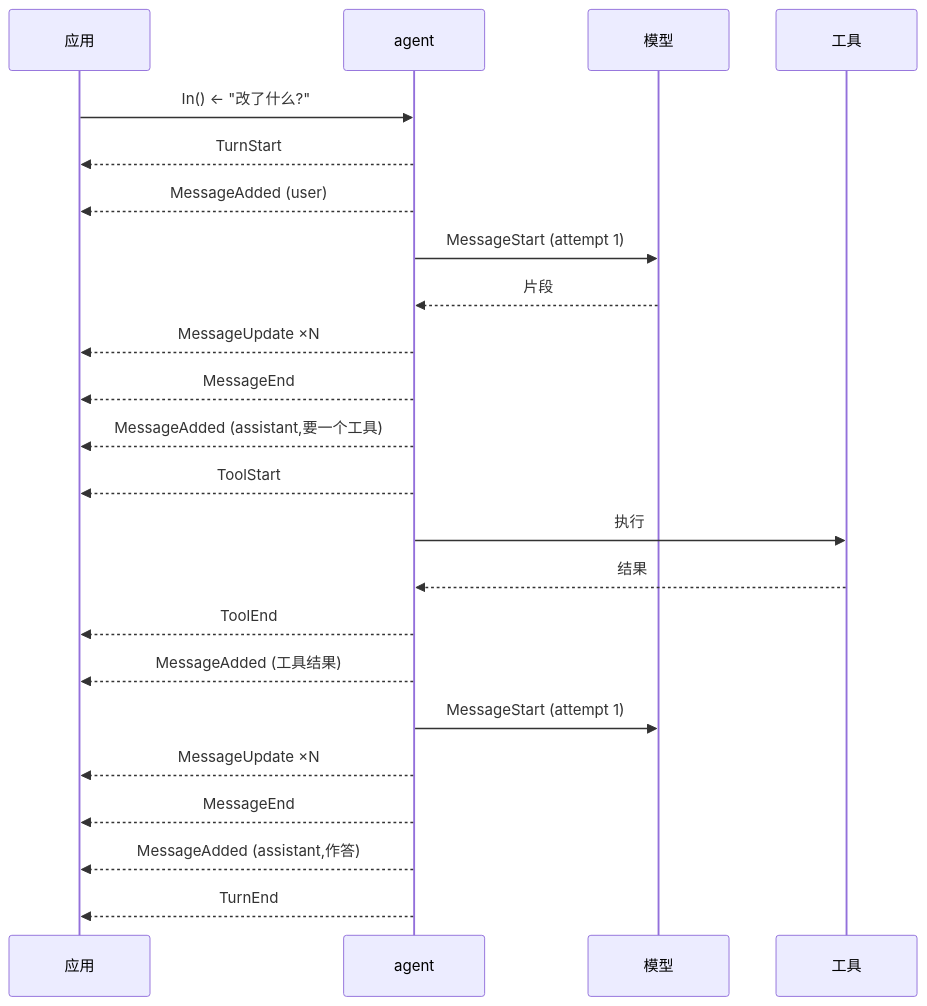
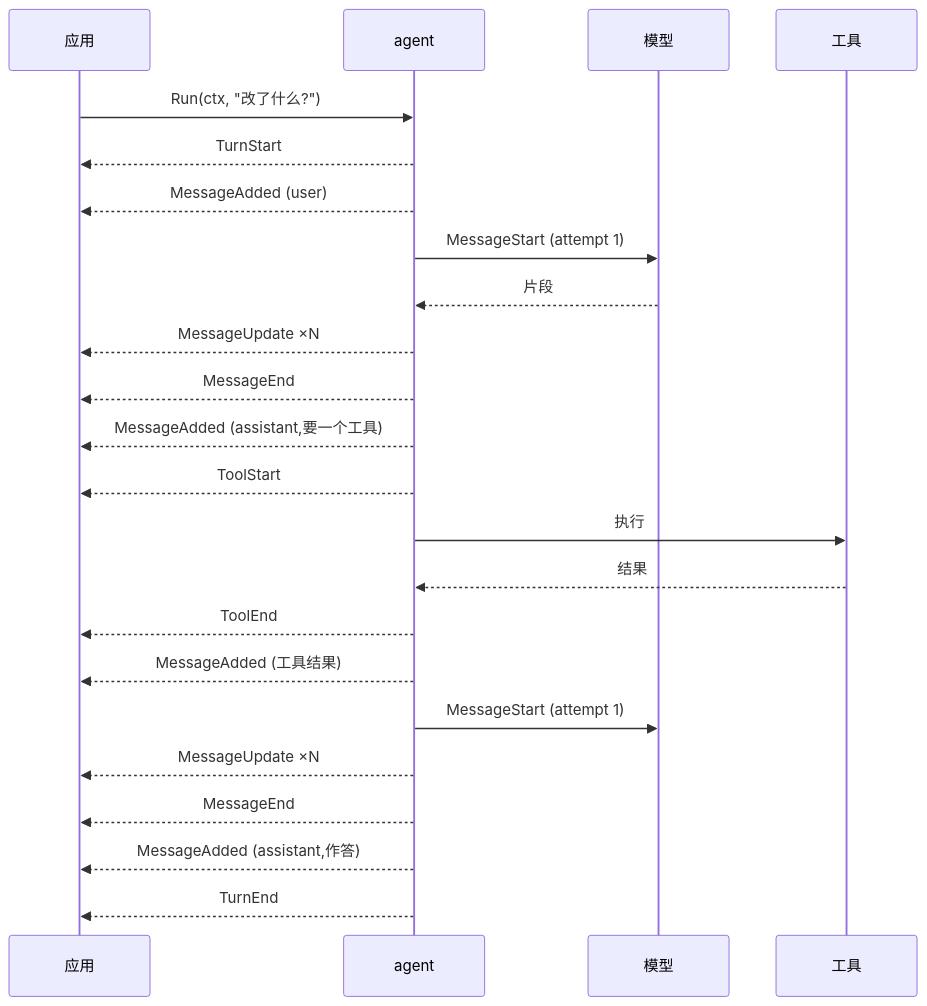
The third of 5 diagrams in docs/agent.zh-CN.md (genai-io/sdk-go), drawn with Mermaid before and after one commit. The commit also changed other lines of this file and 1 other file, not shown here.

First line of the commit message:
docs: the agent documents describe the agent that exists

````diff
--- a/docs/agent.zh-CN.md
+++ b/docs/agent.zh-CN.md
@@ -98,26 +98,26 @@
 ```mermaid
 sequenceDiagram
     participant App as 应用
     participant Agent as agent
     participant Model as 模型
     participant Tool as 工具
 
-    App->>Agent: In() <- "改了什么?"
+    App->>Agent: Run(ctx, "改了什么?")
     Agent-->>App: TurnStart
     Agent-->>App: MessageAdded (user)
     Agent->>Model: MessageStart (attempt 1)
     Model-->>Agent: 片段
     Agent-->>App: MessageUpdate ×N
     Agent-->>App: MessageEnd
     Agent-->>App: MessageAdded (assistant,要一个工具)
     Agent-->>App: ToolStart
     Agent->>Tool: 执行
     Tool-->>Agent: 结果
     Agent-->>App: ToolEnd
     Agent-->>App: MessageAdded (工具结果)
     Agent->>Model: MessageStart (attempt 1)
     Agent-->>App: MessageUpdate ×N
     Agent-->>App: MessageEnd
     Agent-->>App: MessageAdded (assistant,作答)
     Agent-->>App: TurnEnd
 ```
````
